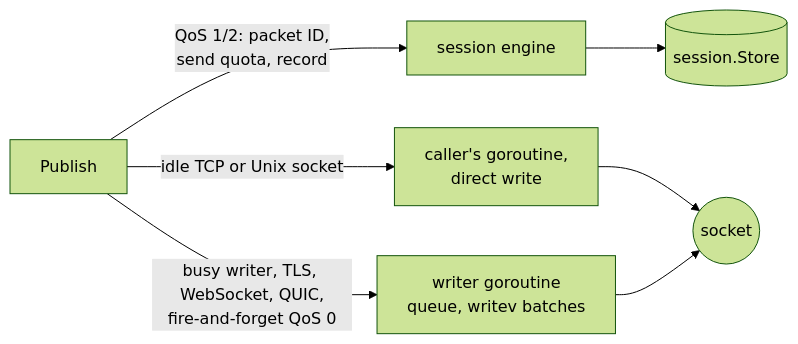
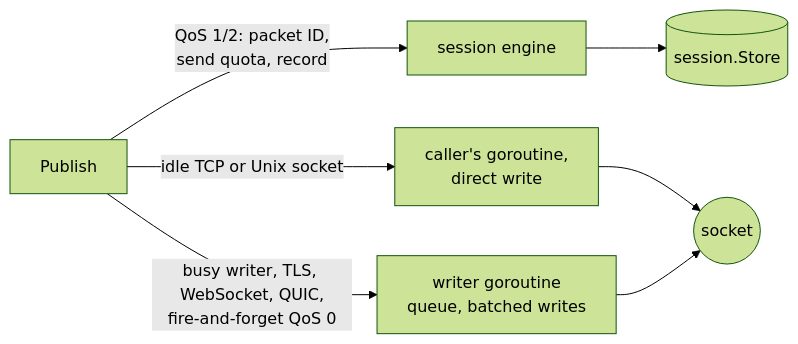
One commit to ashtonian/mqttv5 changed the first of 2 diagrams in docs/architecture.md. Above: the diagram before and after it, drawn with Mermaid (forest theme). The commit also changed other lines of this file and 8 other files, not shown here.

First line of the commit message:
Writes: one write per packet or batch on connections without writev

````diff
--- a/docs/architecture.md
+++ b/docs/architecture.md
@@ -7,6 +7,6 @@
 ```mermaid
 flowchart LR
     pub["Publish"] -- "QoS 1/2: packet ID,<br/>send quota, record" --> engine["session engine"] --> store[("session.Store")]
     pub -- "idle TCP or Unix socket" --> direct["caller's goroutine,<br/>direct write"] --> sock(("socket"))
-    pub -- "busy writer, TLS, WebSocket, QUIC,<br/>fire-and-forget QoS 0" --> writer["writer goroutine<br/>queue, writev batches"] --> sock
+    pub -- "busy writer, TLS, WebSocket, QUIC,<br/>fire-and-forget QoS 0" --> writer["writer goroutine<br/>queue, batched writes"] --> sock
 ```
````
